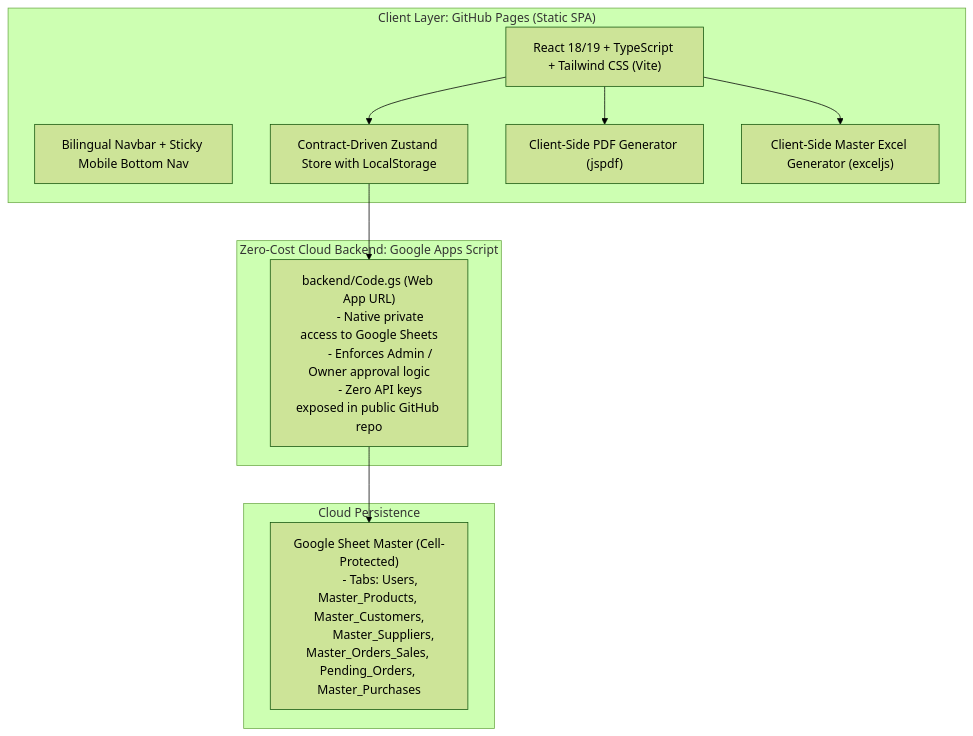
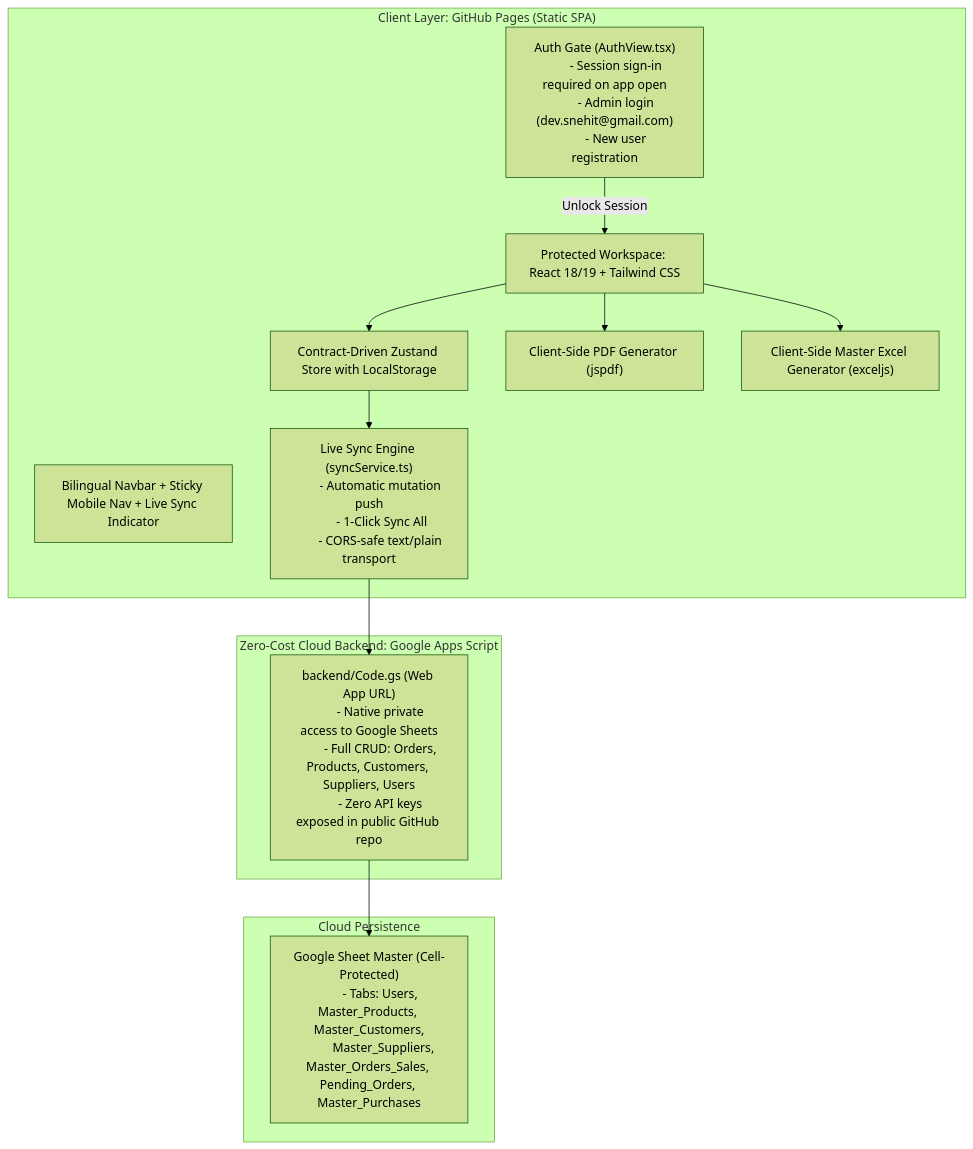
The diagram in docs/IMPLEMENTATION_PLAN.md (dev-snehit/katha-app), drawn with Mermaid (forest theme) before and after one commit. The commit also changed other lines of this file and 18 other files, not shown here.

Commit message:
feat: add Google Sheets live sync engine, AuthView login/register gate, and admin session signin

````diff
--- a/docs/IMPLEMENTATION_PLAN.md
+++ b/docs/IMPLEMENTATION_PLAN.md
@@ -29,29 +32,39 @@
 ```mermaid
 flowchart TD
     subgraph Client ["Client Layer: GitHub Pages (Static SPA)"]
-        UI["React 18/19 + TypeScript + Tailwind CSS (Vite)"]
-        Navbar["Bilingual Navbar + Sticky Mobile Bottom Nav"]
+        Auth["Auth Gate (AuthView.tsx)
+        - Session sign-in required on app open
+        - Admin login (dev.snehit@gmail.com)
+        - New user registration"]
+        UI["Protected Workspace: React 18/19 + Tailwind CSS"]
+        Navbar["Bilingual Navbar + Sticky Mobile Nav + Live Sync Indicator"]
         Zustand["Contract-Driven Zustand Store with LocalStorage"]
+        SyncService["Live Sync Engine (syncService.ts)
+        - Automatic mutation push
+        - 1-Click Sync All
+        - CORS-safe text/plain transport"]
         PDF["Client-Side PDF Generator (jspdf)"]
         Excel["Client-Side Master Excel Generator (exceljs)"]
     end
 
     subgraph ServerlessBackend ["Zero-Cost Cloud Backend: Google Apps Script"]
         GAS["backend/Code.gs (Web App URL)
         - Native private access to Google Sheets
-        - Enforces Admin / Owner approval logic
+        - Full CRUD: Orders, Products, Customers, Suppliers, Users
         - Zero API keys exposed in public GitHub repo"]
     end
 
     subgraph Storage ["Cloud Persistence"]
         MasterSheet["Google Sheet Master (Cell-Protected)
         - Tabs: Users, Master_Products, Master_Customers,
           Master_Suppliers, Master_Orders_Sales, Pending_Orders, Master_Purchases"]
     end
 
+    Auth -->|Unlock Session| UI
     UI --> Zustand
-    Zustand --> GAS
+    Zustand --> SyncService
+    SyncService --> GAS
     GAS --> MasterSheet
     UI --> PDF
     UI --> Excel
 ```
````
